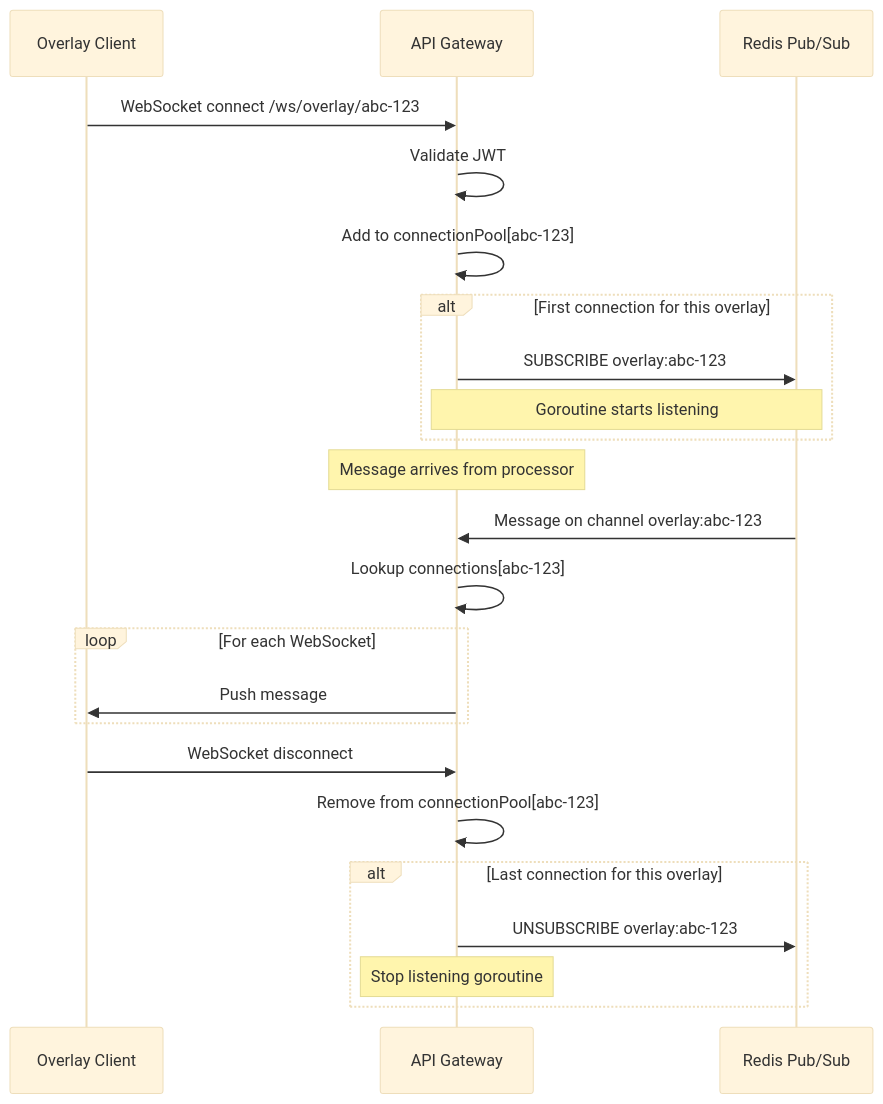
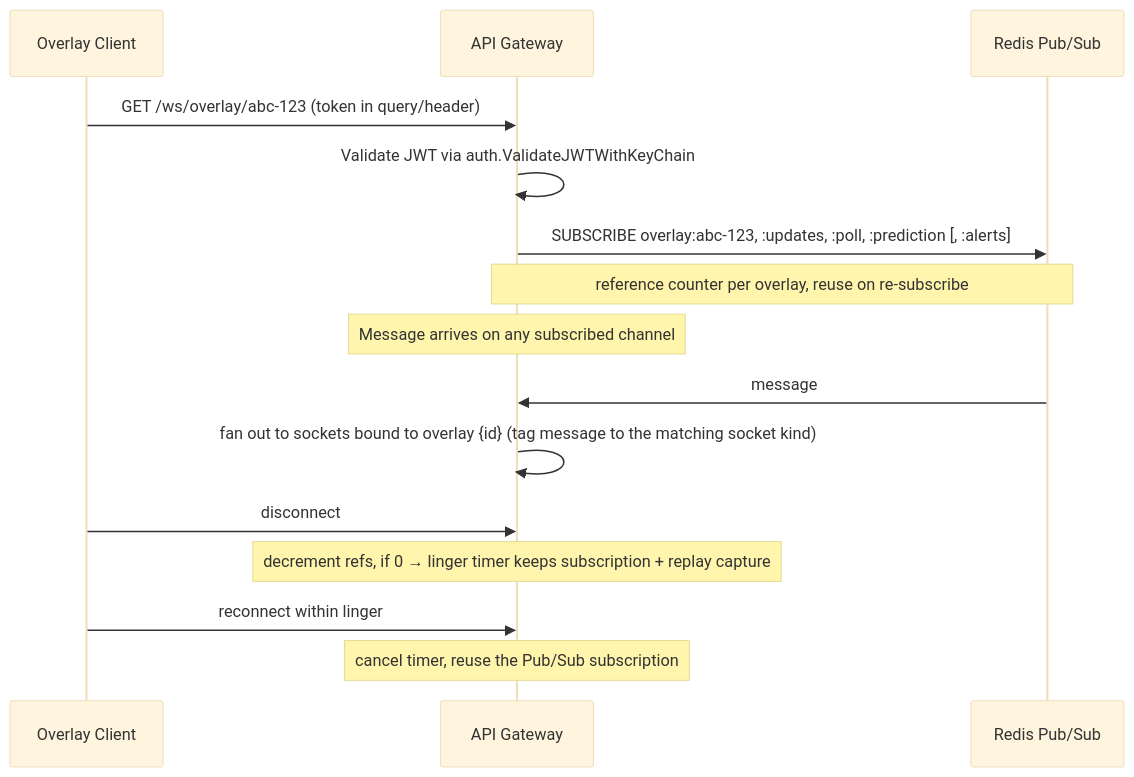
One commit to caesarakalaeii/all-chat changed the second of 5 diagrams in docs/architecture/01-DATA-FLOW.md. Above: the diagram before and after it, drawn with Mermaid (base theme). The commit also changed other lines of this file and 10 other files, not shown here.

First line of the commit message:
docs(architecture): bring the architecture docs in line with the running system

````diff
--- a/docs/architecture/01-DATA-FLOW.md
+++ b/docs/architecture/01-DATA-FLOW.md
@@ -346,30 +182,20 @@
 ```mermaid
 sequenceDiagram
     participant Overlay as Overlay Client
     participant Gateway as API Gateway
     participant Redis as Redis Pub/Sub
 
-    Overlay->>Gateway: WebSocket connect /ws/overlay/abc-123
-    Gateway->>Gateway: Validate JWT
-    Gateway->>Gateway: Add to connectionPool[abc-123]
+    Overlay->>Gateway: GET /ws/overlay/abc-123 (token in query/header)
+    Gateway->>Gateway: Validate JWT via auth.ValidateJWTWithKeyChain
+    Gateway->>Redis: SUBSCRIBE overlay:abc-123, :updates, :poll, :prediction [, :alerts]
+    Note over Redis,Gateway: reference counter per overlay, reuse on re-subscribe
 
-    alt First connection for this overlay
-        Gateway->>Redis: SUBSCRIBE overlay:abc-123
-        Note over Gateway,Redis: Goroutine starts listening
-    end
+    Note over Gateway: Message arrives on any subscribed channel
+    Redis->>Gateway: message
+    Gateway->>Gateway: fan out to sockets bound to overlay {id} (tag message to the matching socket kind)
 
-    Note over Gateway: Message arrives from processor
-    Redis->>Gateway: Message on channel overlay:abc-123
-    Gateway->>Gateway: Lookup connections[abc-123]
-    loop For each WebSocket
-        Gateway->>Overlay: Push message
-    end
-
-    Overlay->>Gateway: WebSocket disconnect
-    Gateway->>Gateway: Remove from connectionPool[abc-123]
-
-    alt Last connection for this overlay
-        Gateway->>Redis: UNSUBSCRIBE overlay:abc-123
-        Note over Gateway: Stop listening goroutine
-    end
+    Overlay->>Gateway: disconnect
+    Note over Gateway: decrement refs, if 0 → linger timer keeps subscription + replay capture
+    Overlay->>Gateway: reconnect within linger
+    Note over Gateway: cancel timer, reuse the Pub/Sub subscription
 ```
````
